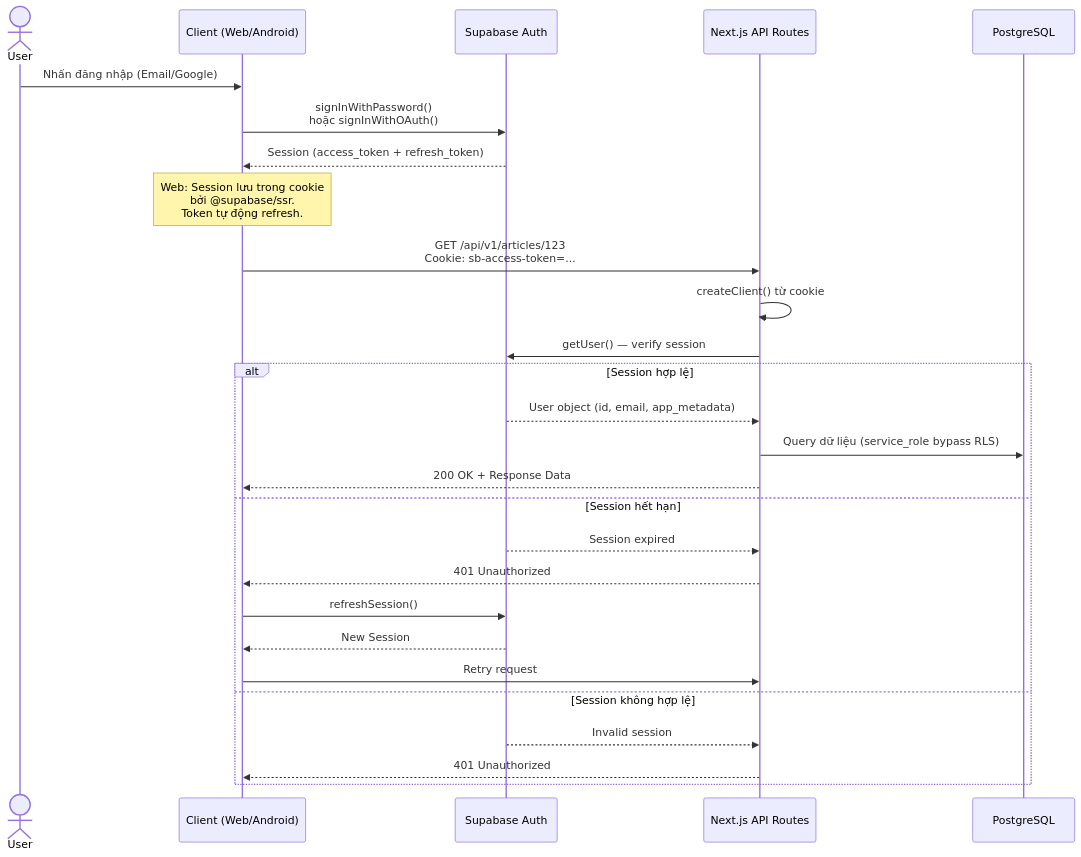
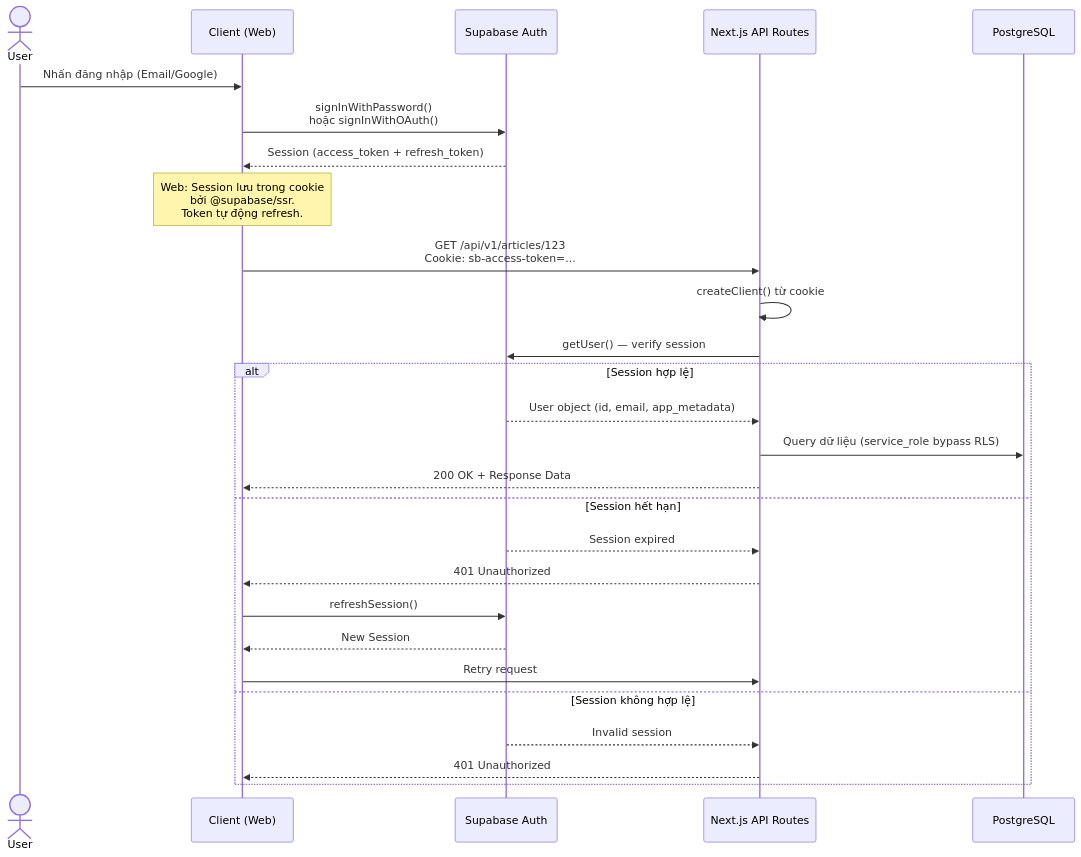
The second of 5 diagrams in docs/design/architecture.md (iAmHieu2012/Sequoia), drawn with Mermaid before and after one commit. The commit also changed other lines of this file and 6 other files, not shown here.

````diff
--- a/docs/design/architecture.md
+++ b/docs/design/architecture.md
@@ -90,34 +90,34 @@
 ```mermaid
 sequenceDiagram
     actor User
-    participant Client as Client (Web/Android)
+    participant Client as Client (Web)
     participant SupaAuth as Supabase Auth
     participant API as Next.js API Routes
     participant DB as PostgreSQL
 
     User->>Client: Nhấn đăng nhập (Email/Google)
     Client->>SupaAuth: signInWithPassword()<br/>hoặc signInWithOAuth()
     SupaAuth-->>Client: Session (access_token + refresh_token)
     
     Note over Client: Web: Session lưu trong cookie<br/>bởi @supabase/ssr.<br/>Token tự động refresh.
     
     Client->>API: GET /api/v1/articles/123<br/>Cookie: sb-access-token=...
     
     API->>API: createClient() từ cookie
     API->>SupaAuth: getUser() — verify session
     
     alt Session hợp lệ
         SupaAuth-->>API: User object (id, email, app_metadata)
         API->>DB: Query dữ liệu (service_role bypass RLS)
         API-->>Client: 200 OK + Response Data
     else Session hết hạn
         SupaAuth-->>API: Session expired
         API-->>Client: 401 Unauthorized
         Client->>SupaAuth: refreshSession()
         SupaAuth-->>Client: New Session
         Client->>API: Retry request
     else Session không hợp lệ
         SupaAuth-->>API: Invalid session
         API-->>Client: 401 Unauthorized
     end
 ```
````
